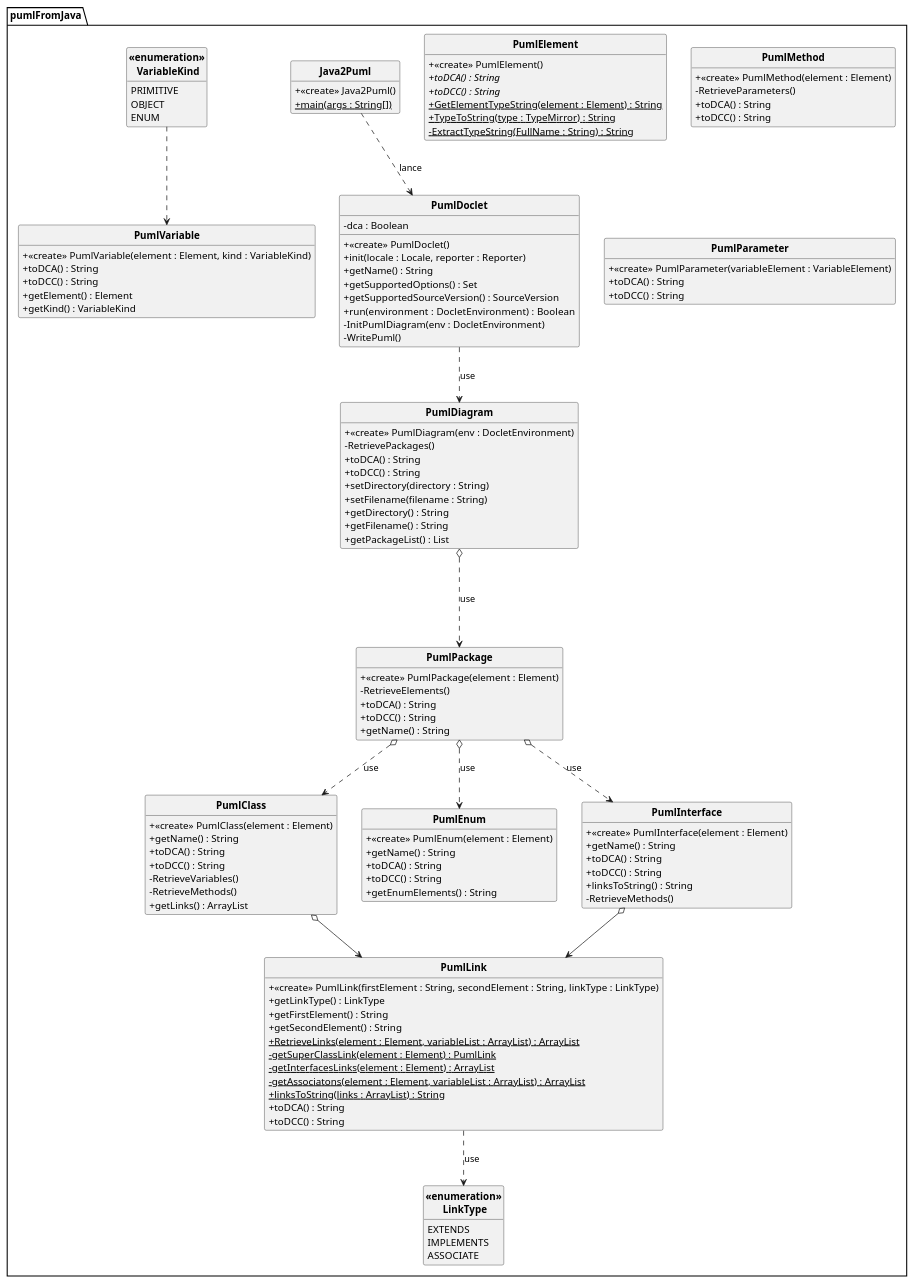
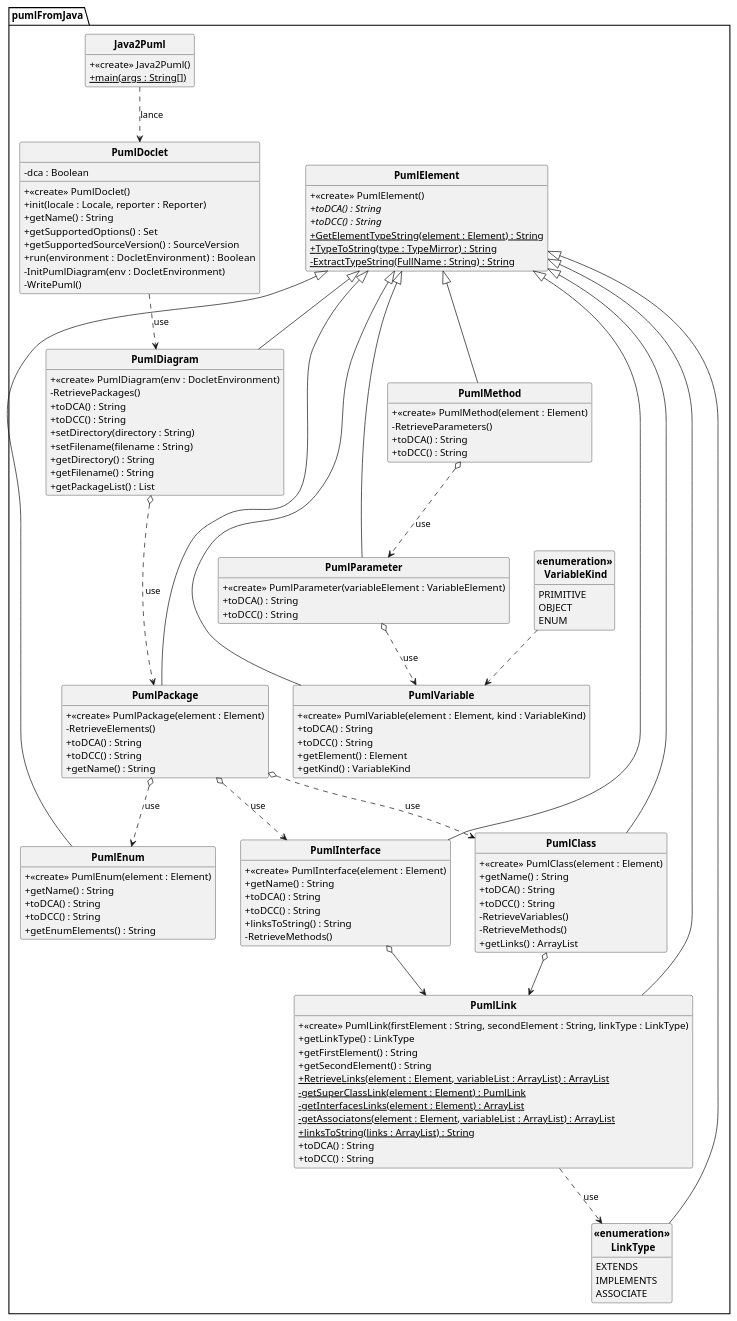
The diagram in uml/DCC API.puml (Lykomonix/API-JAVAtoPUML), drawn with PlantUML before and after one commit. The commit also changed 2 other files, not shown here.

```diff
--- a/uml/DCC API.puml
+++ b/uml/DCC API.puml
@@ -1,156 +1,158 @@
 @startuml
 
 skinparam style strictuml
 skinparam classAttributeIconSize 0
 skinparam classFontStyle Bold
 hide empty members
 
 Package "pumlFromJava" {
 
 class Java2Puml
 {
 + <<create>> Java2Puml()
 + {static} main(args : String[])
 }
 
-class PumlClass
+class PumlClass extends PumlElement
 {
 + <<create>> PumlClass(element : Element)
 + getName() : String
 + toDCA() : String
 + toDCC() : String
 - RetrieveVariables()
 - RetrieveMethods()
 + getLinks() : ArrayList
 }
 
-class PumlDiagram
+class PumlDiagram extends PumlElement
 {
 + <<create>> PumlDiagram(env : DocletEnvironment)
 - RetrievePackages()
 + toDCA() : String
 + toDCC() : String
 + setDirectory(directory : String)
 + setFilename(filename : String)
 + getDirectory() : String
 + getFilename() : String
 + getPackageList() : List
 }
 
 class PumlDoclet
 {
 - dca : Boolean
 + <<create>> PumlDoclet()
 + init(locale : Locale, reporter : Reporter)
 + getName() : String
 + getSupportedOptions() : Set
 + getSupportedSourceVersion() : SourceVersion
 + run(environment : DocletEnvironment)  : Boolean
 - InitPumlDiagram(env : DocletEnvironment)
 - WritePuml()
 }
 
 class PumlElement
 {
 + <<create>> PumlElement()
 + {abstract} toDCA() : String
 + {abstract} toDCC() : String
 + {static} GetElementTypeString(element : Element) : String
 + {static} TypeToString(type : TypeMirror) : String
 - {static} ExtractTypeString(FullName : String) : String
 }
 
-class PumlEnum
+class PumlEnum extends PumlElement
 {
 + <<create>> PumlEnum(element : Element)
 + getName() : String
 + toDCA() : String
 + toDCC() : String
 + getEnumElements() : String
 }
 
-class PumlInterface
+class PumlInterface extends PumlElement
 {
 + <<create>> PumlInterface(element : Element)
 + getName() : String
 + toDCA() : String
 + toDCC() : String
 + linksToString() : String
 - RetrieveMethods()
 }
 
-class PumlLink
+class PumlLink extends PumlElement
 {
 + <<create>> PumlLink(firstElement : String, secondElement : String, linkType : LinkType)
 + getLinkType() : LinkType
 + getFirstElement() : String
 + getSecondElement() : String
 + {static} RetrieveLinks(element : Element, variableList : ArrayList) : ArrayList
 - {static} getSuperClassLink(element : Element) : PumlLink
 - {static} getInterfacesLinks(element : Element) : ArrayList
 - {static} getAssociatons(element : Element, variableList : ArrayList) : ArrayList
 + {static} linksToString(links : ArrayList) : String
 + toDCA() : String
 + toDCC() : String
 }
 
-class PumlMethod
+class PumlMethod extends PumlElement
 {
 + <<create>> PumlMethod(element : Element)
 - RetrieveParameters()
 + toDCA() : String
 + toDCC() : String
 }
 
-class PumlPackage
+class PumlPackage extends PumlElement
 {
 + <<create>> PumlPackage(element : Element)
 - RetrieveElements()
 + toDCA() : String
 + toDCC() : String
 + getName() : String
 }
 
-class PumlParameter
+class PumlParameter extends PumlElement
 {
 + <<create>> PumlParameter(variableElement : VariableElement)
 + toDCA() : String
 + toDCC() : String
 }
 
-class PumlVariable
+class PumlVariable extends PumlElement
 {
 + <<create>> PumlVariable(element : Element, kind : VariableKind)
 + toDCA() : String
 + toDCC() : String
 + getElement() : Element
 + getKind() : VariableKind
 }
 
-class "<<enumeration>>\n LinkType" as LinkType
+class "<<enumeration>>\n LinkType" as LinkType extends PumlElement
 {
 EXTENDS
 IMPLEMENTS
 ASSOCIATE
 }
 
 class "<<enumeration>>\n VariableKind" as VariableKind
 {
 PRIMITIVE
 OBJECT
 ENUM
 }
 
 PumlDoclet ..> PumlDiagram : use
 Java2Puml ..> PumlDoclet : lance
 PumlDiagram o...> PumlPackage : use
 PumlPackage o..> PumlClass : use
 PumlPackage o..> PumlInterface : use
 PumlPackage o..> PumlEnum : use
 PumlLink ..> LinkType : use
 PumlInterface o--> PumlLink
 PumlClass o--> PumlLink
 VariableKind ..> PumlVariable
+PumlParameter o..> PumlVariable : use
+PumlMethod o..> PumlParameter : use
 }
 
 @enduml
```
